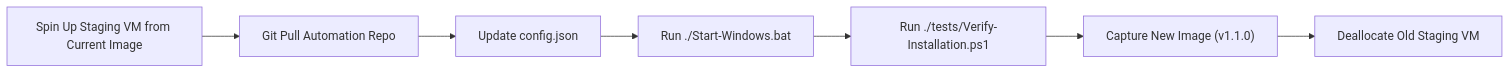
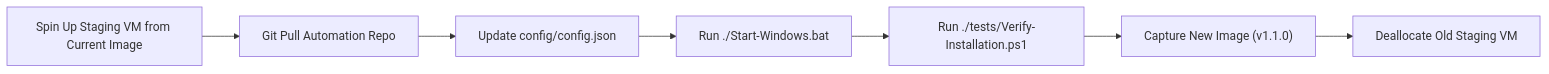
The diagram in docs/GOLDEN_IMAGE_GUIDE.md (Rivalcoder/BurnAndBuild), drawn with Mermaid before and after one commit. The commit also changed other lines of this file, not shown here.

Commit message:
docs: update config path reference in GOLDEN_IMAGE_GUIDE.md

````diff
--- a/docs/GOLDEN_IMAGE_GUIDE.md
+++ b/docs/GOLDEN_IMAGE_GUIDE.md
@@ -114,9 +114,9 @@
 ```mermaid
 flowchart LR
     A["Spin Up Staging VM from Current Image"] --> B["Git Pull Automation Repo"]
-    B --> C["Update config.json"]
+    B --> C["Update config/config.json"]
     C --> D["Run ./Start-Windows.bat"]
     D --> E["Run ./tests/Verify-Installation.ps1"]
     E --> F["Capture New Image (v1.1.0)"]
     F --> G["Deallocate Old Staging VM"]
 ```
````
